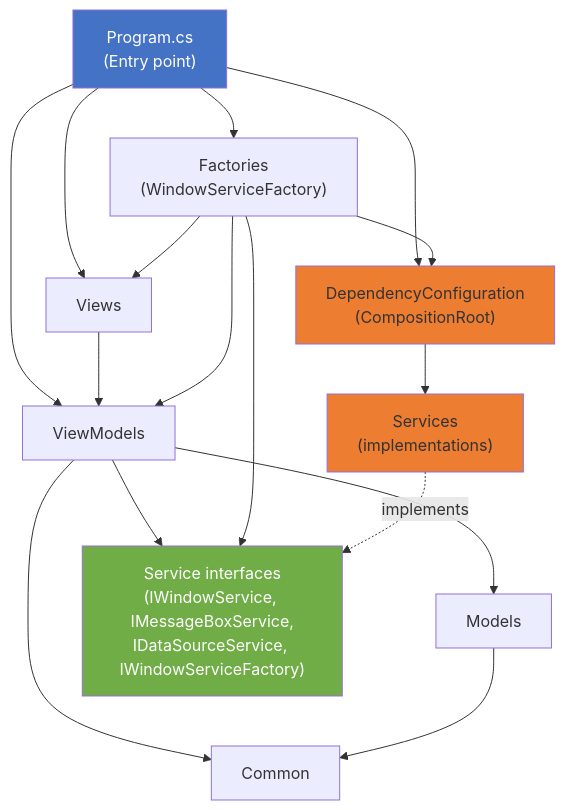
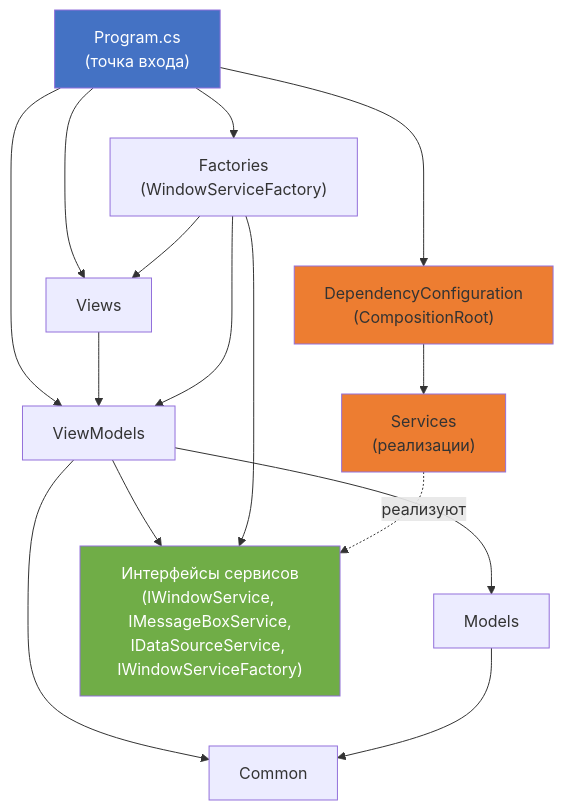
One commit to AntonSukhov/MvvmWinFormsApp changed the second of 4 diagrams in README.md. Above: the diagram before and after it, drawn with Mermaid. The commit also changed other lines of this file, not shown here.

````diff
--- a/README.md
+++ b/README.md
@@ -97,33 +144,32 @@
 ```mermaid
 flowchart TD
-    Program["Program.cs<br/>(Entry point)"]
+    Program["Program.cs<br/>(точка входа)"]
     Views["Views"]
     ViewModels["ViewModels"]
     Models["Models"]
     Factory["Factories<br/>(WindowServiceFactory)"]
-    Services["Services<br/>(implementations)"]
-    ServiceAbstractions["Service interfaces<br/>(IWindowService, IMessageBoxService,<br/>IDataSourceService, IWindowServiceFactory)"]
+    Services["Services<br/>(реализации)"]
+    ServiceAbstractions["Интерфейсы сервисов<br/>(IWindowService, IMessageBoxService,<br/>IDataSourceService, IWindowServiceFactory)"]
     Common["Common"]
     CompositionRoot["DependencyConfiguration<br/>(CompositionRoot)"]
 
     Program --> Views
     Program --> ViewModels
     Program --> Factory
     Program --> CompositionRoot
     Views --> ViewModels
     ViewModels --> ServiceAbstractions
     ViewModels --> Models
     ViewModels --> Common
     Models --> Common
     Factory --> ServiceAbstractions
     Factory --> Views
     Factory --> ViewModels
-    Factory --> CompositionRoot
-    Services -.->|implements| ServiceAbstractions
     CompositionRoot --> Services
+    Services -.->|реализуют| ServiceAbstractions
 
     style Program fill:#4472c4,color:#fff
     style ServiceAbstractions fill:#70ad47,color:#fff
     style Services fill:#ed7d31
     style CompositionRoot fill:#ed7d31
 ```
````
